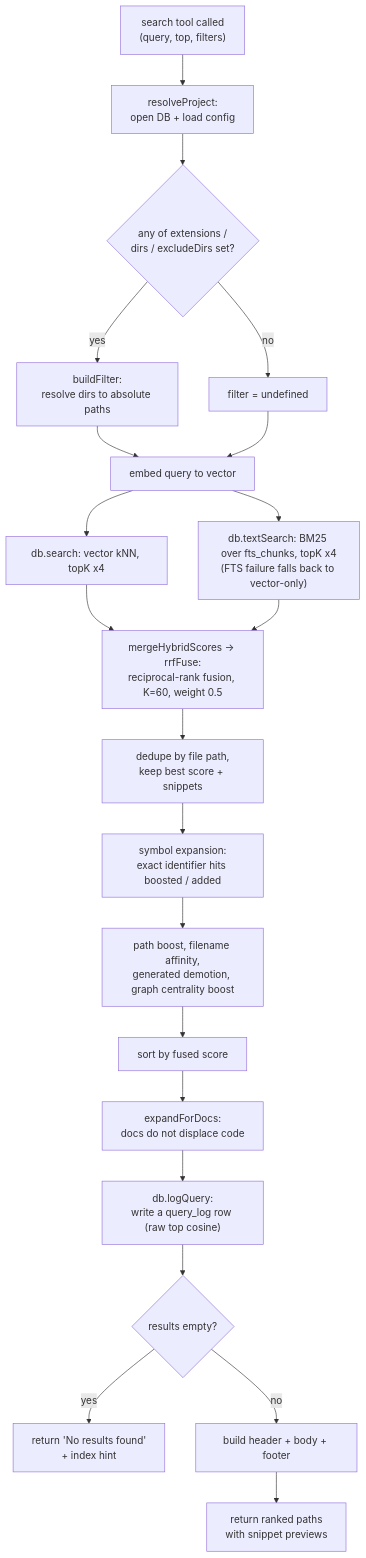
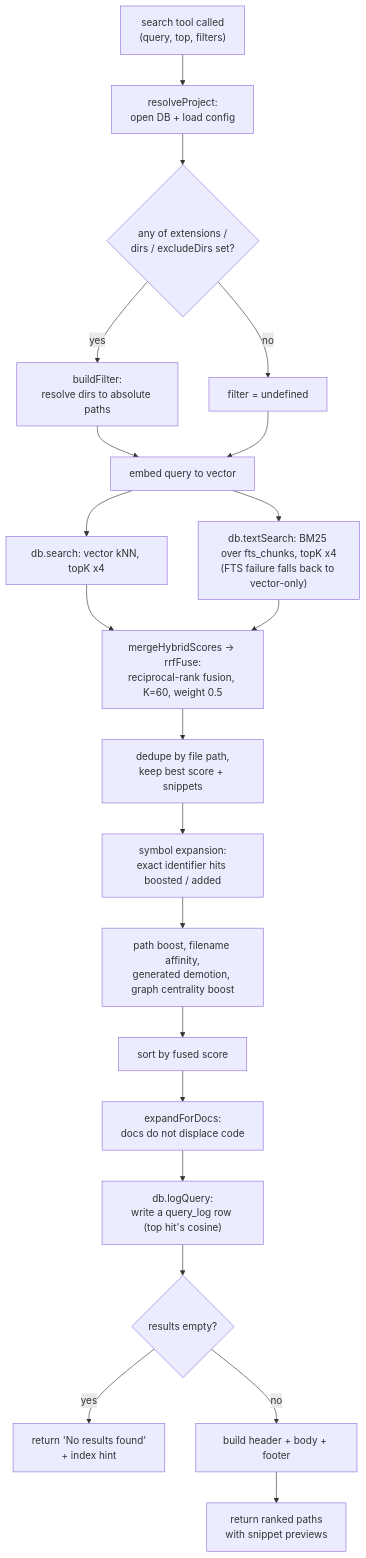
One commit to TheWinci/mimirs changed the diagram in wiki/tools/search.md. Above: the diagram before and after it, drawn with Mermaid. The commit also changed other lines of this file and 51 other files, not shown here.

````diff
--- a/wiki/tools/search.md
+++ b/wiki/tools/search.md
@@ -79,23 +81,23 @@
 ```mermaid
 flowchart TD
     Start["search tool called<br>(query, top, filters)"] --> Resolve["resolveProject:<br>open DB + load config"]
     Resolve --> Filter{"any of extensions /<br>dirs / excludeDirs set?"}
     Filter -- yes --> BuildFilter["buildFilter:<br>resolve dirs to absolute paths"]
     Filter -- no --> NoFilter["filter = undefined"]
     BuildFilter --> Embed
     NoFilter --> Embed["embed query to vector"]
     Embed --> Vec["db.search: vector kNN, topK x4"]
     Embed --> Txt["db.textSearch: BM25 over fts_chunks, topK x4<br>(FTS failure falls back to vector-only)"]
     Vec --> Merge["mergeHybridScores -> rrfFuse:<br>reciprocal-rank fusion, K=60, weight 0.5"]
     Txt --> Merge
     Merge --> Dedup["dedupe by file path,<br>keep best score + snippets"]
     Dedup --> Sym["symbol expansion:<br>exact identifier hits boosted / added"]
     Sym --> Boost["path boost, filename affinity,<br>generated demotion, graph centrality boost"]
     Boost --> Sort["sort by fused score"]
     Sort --> Docs["expandForDocs:<br>docs do not displace code"]
-    Docs --> Log["db.logQuery:<br>write a query_log row (raw top cosine)"]
+    Docs --> Log["db.logQuery:<br>write a query_log row (top hit's cosine)"]
     Log --> Empty{"results empty?"}
     Empty -- yes --> NoRes["return 'No results found'<br>+ index hint"]
     Empty -- no --> Format["build header + body + footer"]
     Format --> Return["return ranked paths<br>with snippet previews"]
 ```
````
